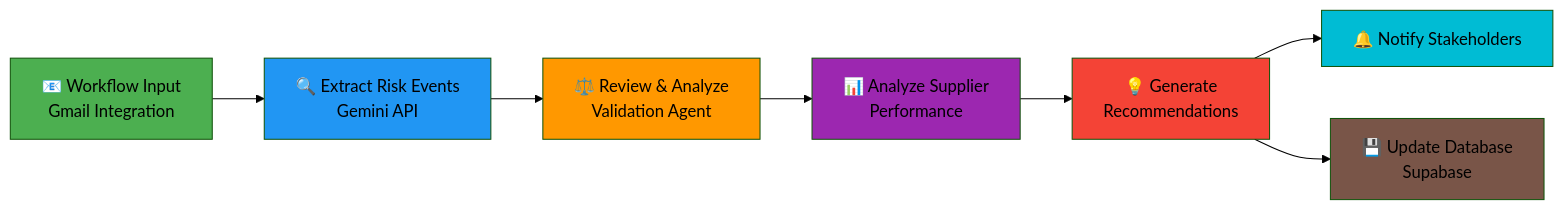
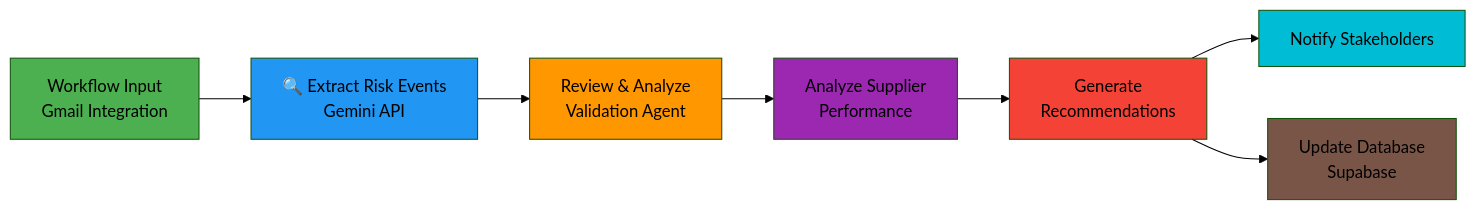
Before and after one commit to abdullahxyz85/AI-Supply-Guardian: the diagram in README.md, drawn with Mermaid (forest theme). The commit also changed other lines of this file, not shown here.

````diff
--- a/README.md
+++ b/README.md
@@ -70,17 +70,17 @@
 ```mermaid
 graph LR
-    A[📧 Workflow Input<br/>Gmail Integration] --> B[🔍 Extract Risk Events<br/>Gemini API]
-    B --> C[⚖️ Review & Analyze<br/>Validation Agent]
-    C --> D[📊 Analyze Supplier<br/>Performance]
-    D --> E[💡 Generate<br/>Recommendations]
-    E --> F[🔔 Notify Stakeholders]
-    E --> G[💾 Update Database<br/>Supabase]
+    A[ Workflow Input<br/>Gmail Integration] --> B[🔍 Extract Risk Events<br/>Gemini API]
+    B --> C[Review & Analyze<br/>Validation Agent]
+    C --> D[Analyze Supplier<br/>Performance]
+    D --> E[Generate<br/>Recommendations]
+    E --> F[Notify Stakeholders]
+    E --> G[Update Database<br/>Supabase]
 
     style A fill:#4CAF50
     style B fill:#2196F3
     style C fill:#FF9800
     style D fill:#9C27B0
     style E fill:#F44336
     style F fill:#00BCD4
     style G fill:#795548
 ```
````
